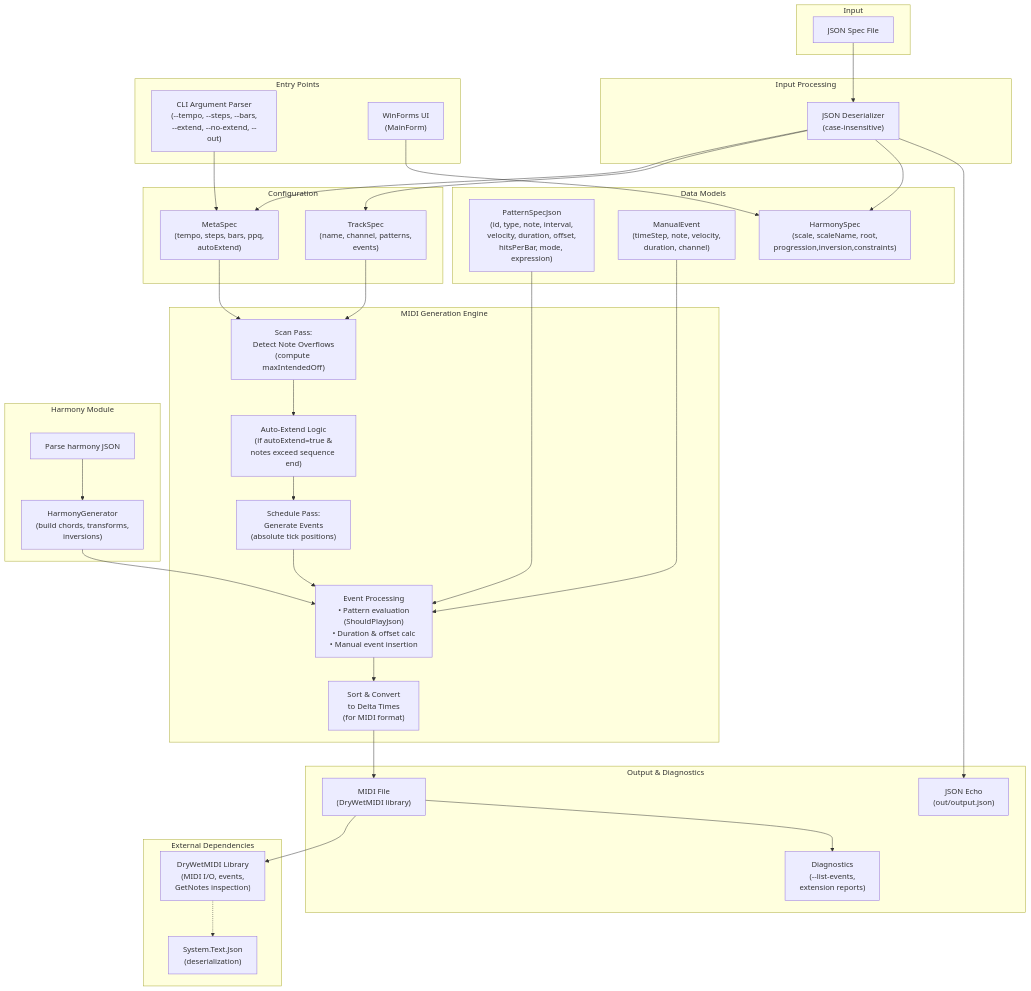
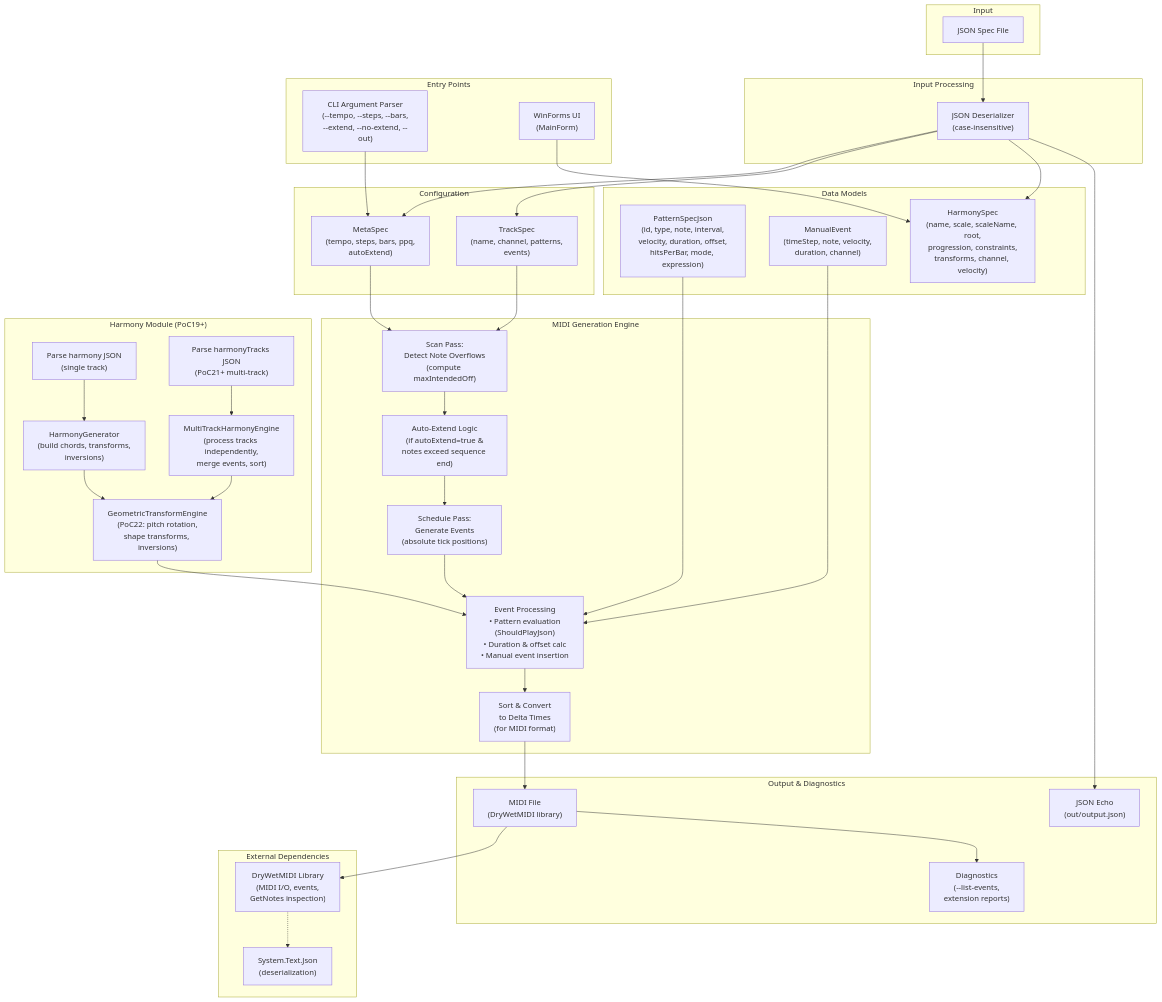
One commit to JWWade/parametric-midi-sequencer changed the diagram in ARCHITECTURE.md. Above: the diagram before and after it, drawn with Mermaid. The commit also changed other lines of this file and 5 other files, not shown here.

Commit message:
Update docs: README, ARCHITECTURE, and more

````diff
--- a/ARCHITECTURE.md
+++ b/ARCHITECTURE.md
@@ -9,75 +9,81 @@
 ```mermaid
 graph TB
     subgraph Input["Input"]
         JSONFile["JSON Spec File"]
     end
 
     subgraph Parsing["Input Processing"]
         JsonDeserializer["JSON Deserializer<br/>(case-insensitive)"]
     end
 
     subgraph EntryPoints["Entry Points"]
         CliParser["CLI Argument Parser<br/>(--tempo, --steps, --bars,<br/>--extend, --no-extend, --out)"]
       UiForm["WinForms UI<br/>(MainForm)"]
     end
 
     subgraph CLI["Configuration"]
         MetaSpec["MetaSpec<br/>(tempo, steps, bars, ppq,<br/>autoExtend)"]
         TrackSpec["TrackSpec<br/>(name, channel, patterns,<br/>events)"]
     end
 
     subgraph Models["Data Models"]
         PatternSpecJson["PatternSpecJson<br/>(id, type, note, interval,<br/>velocity, duration, offset,<br/>hitsPerBar, mode, expression)"]
         ManualEvent["ManualEvent<br/>(timeStep, note, velocity,<br/>duration, channel)"]
-        HarmonySpec["HarmonySpec<br/>(scale, scaleName, root,<br/>progression,inversion,constraints)"]
+        HarmonySpec["HarmonySpec<br/>(name, scale, scaleName, root,<br/>progression, constraints,<br/>transforms, channel, velocity)"]
     end
 
     subgraph Generator["MIDI Generation Engine"]
         ScanPass["Scan Pass:<br/>Detect Note Overflows<br/>(compute maxIntendedOff)"]
         AutoExtend["Auto-Extend Logic<br/>(if autoExtend=true &<br/>notes exceed sequence end)"]
         SchedulePass["Schedule Pass:<br/>Generate Events<br/>(absolute tick positions)"]
         EventProcessing["Event Processing<br/>• Pattern evaluation<br/>(ShouldPlayJson)<br/>• Duration & offset calc<br/>• Manual event insertion"]
         SortAndConvert["Sort & Convert<br/>to Delta Times<br/>(for MIDI format)"]
     end
 
     subgraph Output["Output & Diagnostics"]
         MidiFile["MIDI File<br/>(DryWetMIDI library)"]
         JsonOutput["JSON Echo<br/>(out/output.json)"]
         Diagnostics["Diagnostics<br/>(--list-events,<br/>extension reports)"]
     end
 
     subgraph Dependencies["External Dependencies"]
         DryWetMidi["DryWetMIDI Library<br/>(MIDI I/O, events,<br/>GetNotes inspection)"]
         SystemJson["System.Text.Json<br/>(deserialization)"]
     end
 
     JSONFile --> JsonDeserializer
     JsonDeserializer --> MetaSpec
     JsonDeserializer --> TrackSpec
     JsonDeserializer --> HarmonySpec
     CliParser --> MetaSpec
     UiForm --> HarmonySpec
     
     MetaSpec --> ScanPass
     TrackSpec --> ScanPass
     PatternSpecJson --> EventProcessing
     ManualEvent --> EventProcessing
     
     ScanPass --> AutoExtend
     AutoExtend --> SchedulePass
     SchedulePass --> EventProcessing
     EventProcessing --> SortAndConvert
     SortAndConvert --> MidiFile
 
-    subgraph Harmony["Harmony Module"]
-        HarmonyJson["Parse harmony JSON"]
+    subgraph Harmony["Harmony Module (PoC19+)"]
+        HarmonyJson["Parse harmony JSON<br/>(single track)"]
+        HarmonyTracksJson["Parse harmonyTracks JSON<br/>(PoC21+ multi-track)"]
         HarmonyGenerator["HarmonyGenerator<br/>(build chords, transforms,<br/>inversions)"]
+        MultiTrackHarmony["MultiTrackHarmonyEngine<br/>(process tracks independently,<br/>merge events, sort)"]
+        GeometricTransforms["GeometricTransformEngine<br/>(PoC22: pitch rotation,<br/>shape transforms, inversions)"]
     end
     HarmonyJson --> HarmonyGenerator
-    HarmonyGenerator --> EventProcessing
+    HarmonyTracksJson --> MultiTrackHarmony
+    HarmonyGenerator --> GeometricTransforms
+    MultiTrackHarmony --> GeometricTransforms
+    GeometricTransforms --> EventProcessing
     
     MidiFile --> DryWetMidi
     JsonDeserializer --> JsonOutput
     MidiFile --> Diagnostics
     DryWetMidi -.-> SystemJson
 ```
````
